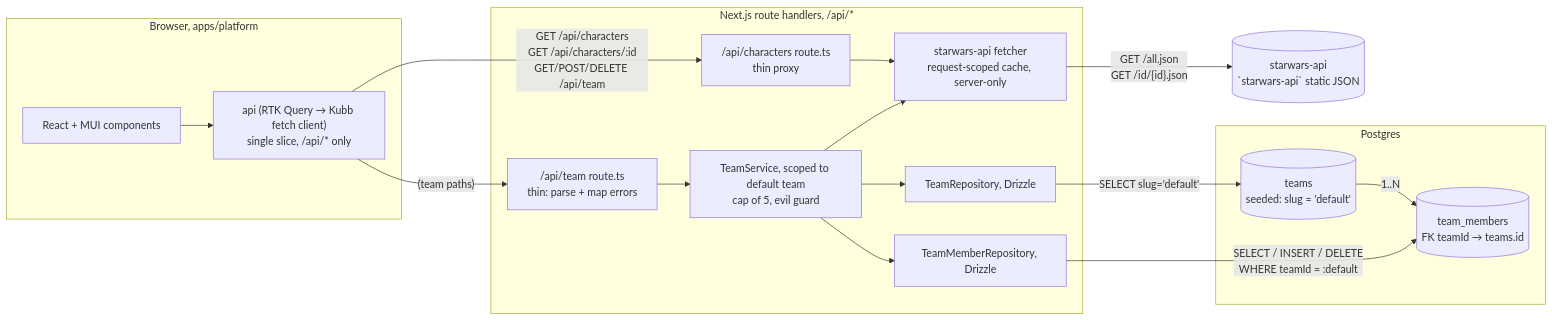
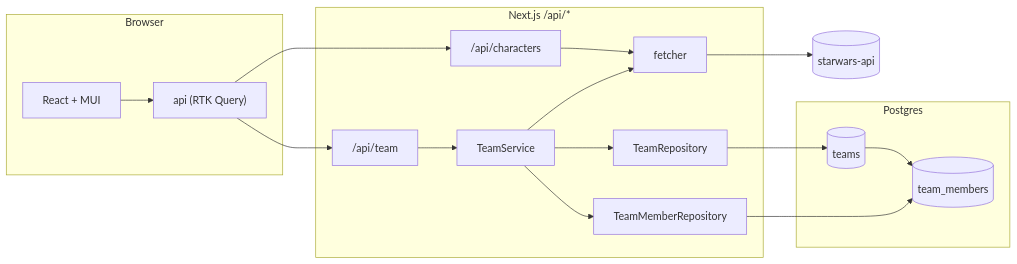
Before and after one commit to stijnvanhulle/starwars: the diagram in plans/plan.md, drawn with Mermaid. The commit also changed other lines of this file and 6 other files, not shown here.

````diff
--- a/plans/plan.md
+++ b/plans/plan.md
@@ -40,36 +43,36 @@
 ```mermaid
 flowchart LR
-  subgraph browser["Browser, apps/platform"]
-    ui["React + MUI components"]
-    api["api (RTK Query → Kubb fetch client)<br/>single slice, /api/* only"]
-    ui --> api
+  subgraph browser["Browser"]
+    ui["React + MUI"]
+    rtk["api (RTK Query)"]
+    ui --> rtk
   end
 
-  `starwars-api`[("starwars-api<br/>`starwars-api` static JSON")]
+  starwarsApi[("starwars-api")]
 
-  subgraph nextapi["Next.js route handlers, /api/*"]
-    chRoute["/api/characters route.ts<br/>thin proxy"]
-    teamRoute["/api/team route.ts<br/>thin: parse + map errors"]
-    fetcher["starwars-api fetcher<br/>request-scoped cache, server-only"]
-    service["TeamService, scoped to default team<br/>cap of 5, evil guard"]
-    teamRepo["TeamRepository, Drizzle"]
-    memberRepo["TeamMemberRepository, Drizzle"]
+  subgraph nextapi["Next.js /api/*"]
+    chRoute["/api/characters"]
+    teamRoute["/api/team"]
+    fetcher["fetcher"]
+    service["TeamService"]
+    teamRepo["TeamRepository"]
+    memberRepo["TeamMemberRepository"]
     chRoute --> fetcher
     teamRoute --> service
     service --> fetcher
     service --> teamRepo
     service --> memberRepo
   end
 
   subgraph pg["Postgres"]
-    teams[("teams<br/>seeded: slug = 'default'")]
-    members[("team_members<br/>FK teamId → teams.id")]
-    teams -- "1..N" --> members
+    teams[("teams")]
+    members[("team_members")]
+    teams --> members
   end
 
-  api -- "GET /api/characters<br/>GET /api/characters/:id<br/>GET/POST/DELETE /api/team" --> chRoute
-  api -- "(team paths)" --> teamRoute
-  fetcher -- "GET /all.json<br/>GET /id/{id}.json" --> `starwars-api`
-  teamRepo -- "SELECT slug='default'" --> teams
-  memberRepo -- "SELECT / INSERT / DELETE<br/>WHERE teamId = :default" --> members
+  rtk --> chRoute
+  rtk --> teamRoute
+  fetcher --> starwarsApi
+  teamRepo --> teams
+  memberRepo --> members
 ```
````
